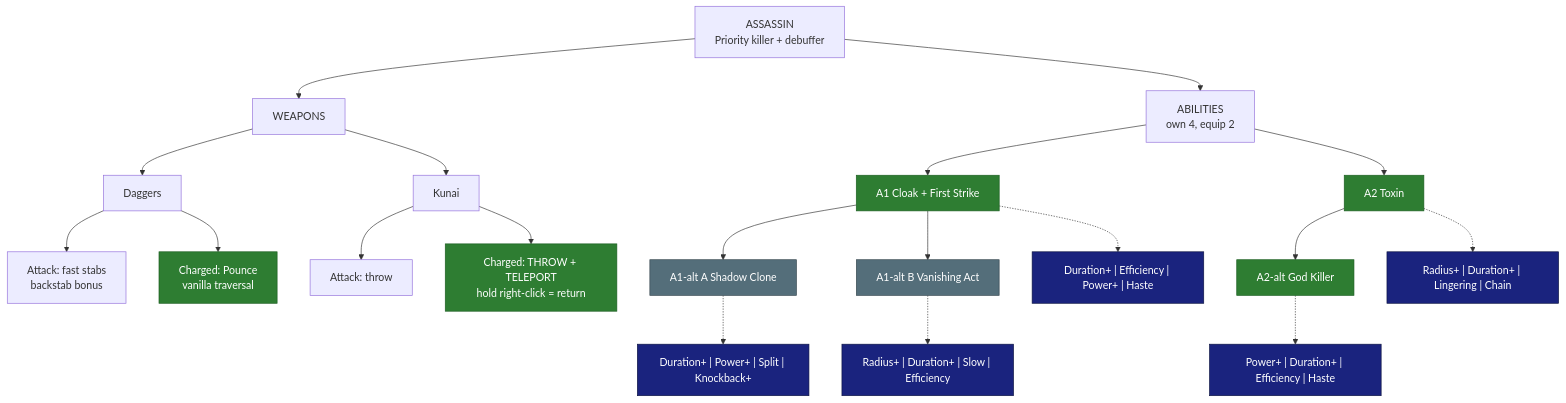
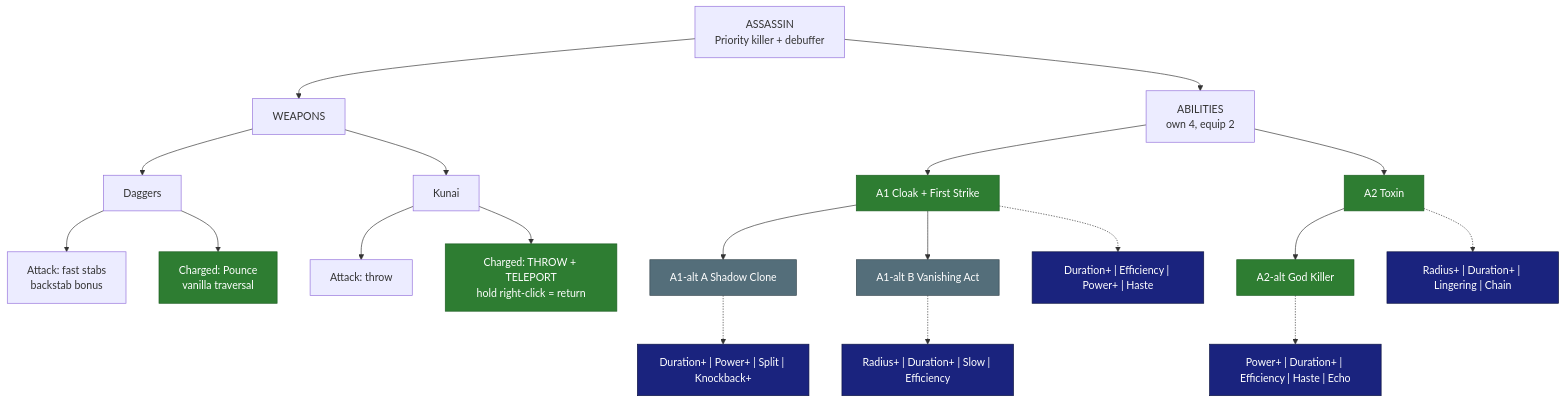
Before and after one commit to SkyyPlayz/SkyyWynnBlock: the diagram in research/classes/Assassin.md, drawn with Mermaid. The commit also changed other lines of this file and 4 other files, not shown here.

````diff
--- a/research/classes/Assassin.md
+++ b/research/classes/Assassin.md
@@ -16,28 +16,28 @@
 ```mermaid
 flowchart TD
   CLS["ASSASSIN<br/>Priority killer + debuffer"]
   CLS --> WPN["WEAPONS"]
   CLS --> ABL["ABILITIES<br/>own 4, equip 2"]
   WPN --> DG["Daggers"]
   DG --> DGa["Attack: fast stabs<br/>backstab bonus"]
   DG --> DGc["Charged: Pounce<br/>vanilla traversal"]
   WPN --> KN["Kunai"]
   KN --> KNa["Attack: throw"]
   KN --> KNc["Charged: THROW + TELEPORT<br/>hold right-click = return"]
   ABL --> A1["A1 Cloak + First Strike"]
   A1 --> A1A["A1-alt A Shadow Clone"]
   A1 --> A1B["A1-alt B Vanishing Act"]
   ABL --> A2["A2 Toxin"]
   A2 --> A2X["A2-alt God Killer"]
   A1 -.-> M1["Duration+ | Efficiency | Power+ | Haste"]
   A1A -.-> M2["Duration+ | Power+ | Split | Knockback+"]
   A1B -.-> M3["Radius+ | Duration+ | Slow | Efficiency"]
   A2 -.-> M4["Radius+ | Duration+ | Lingering | Chain"]
-  A2X -.-> M5["Power+ | Duration+ | Efficiency | Haste"]
+  A2X -.-> M5["Power+ | Duration+ | Efficiency | Haste | Echo"]
   classDef locked fill:#2e7d32,color:#fff,stroke:#1b5e20
   classDef proposed fill:#546e7a,color:#fff,stroke:#37474f
   classDef mods fill:#1a237e,color:#fff,stroke:#0d1442
   class A1,A2,A2X,DGc,KNc locked
   class A1A,A1B proposed
   class M1,M2,M3,M4,M5 mods
 ```
````
